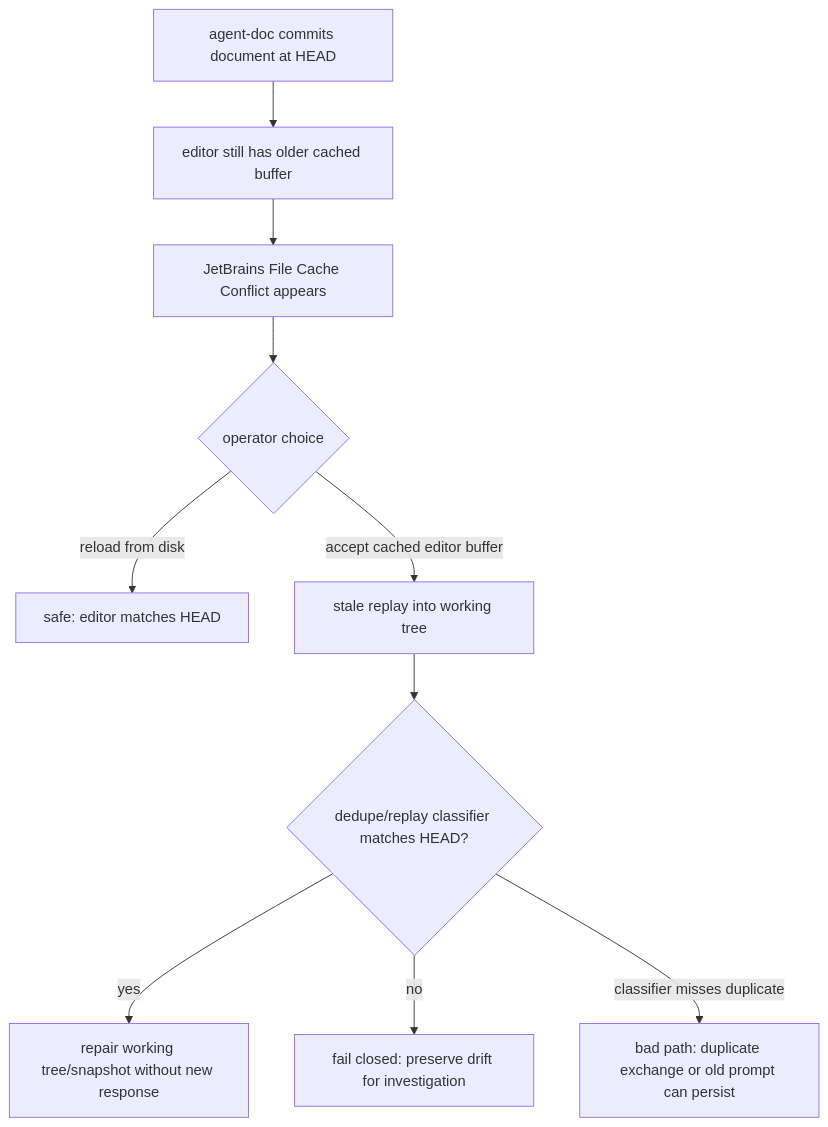
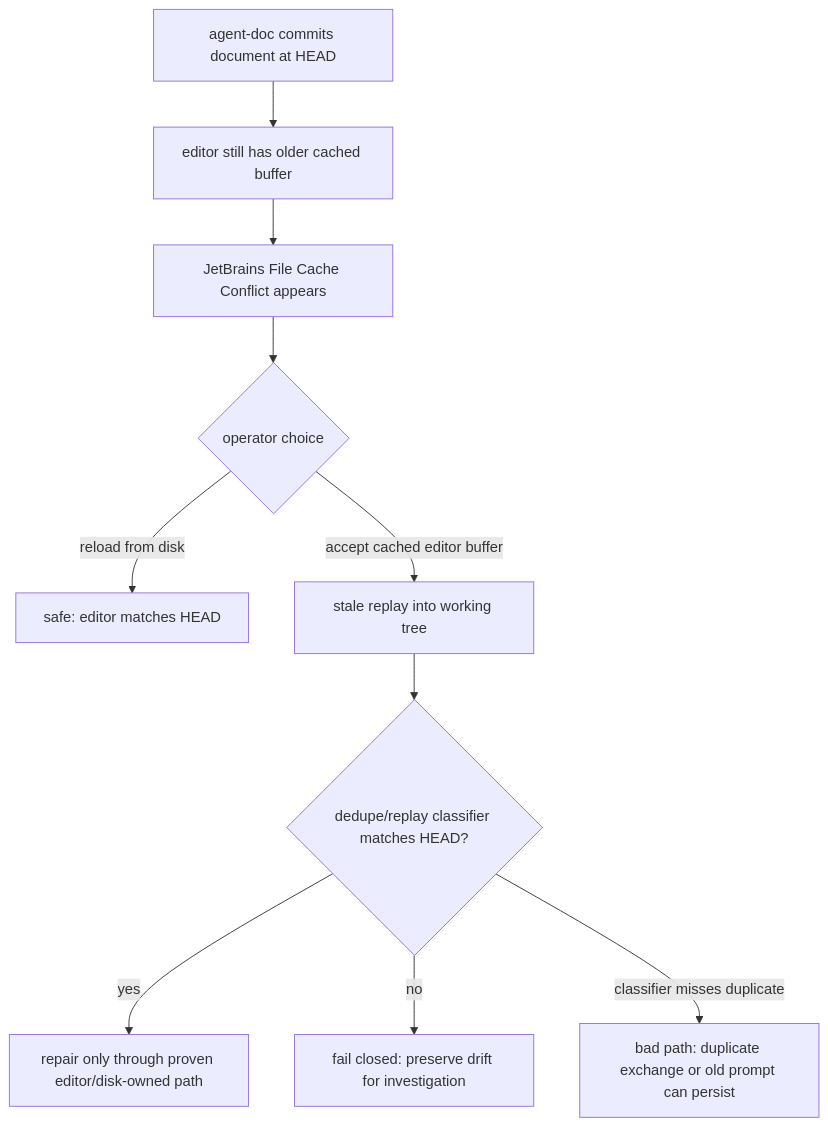
Before and after one commit to btakita/agent-doc: the fourth of 5 diagrams in docs/reference/active-turn-lifecycle-and-replay.md, drawn with Mermaid. The commit also changed other lines of this file and 26 other files, not shown here.

````diff
--- a/docs/reference/active-turn-lifecycle-and-replay.md
+++ b/docs/reference/active-turn-lifecycle-and-replay.md
@@ -108,12 +108,12 @@
 ```mermaid
 flowchart TD
     A["agent-doc commits document at HEAD"] --> B["editor still has older cached buffer"]
     B --> C["JetBrains File Cache Conflict appears"]
     C --> D{"operator choice"}
     D -->|"reload from disk"| E["safe: editor matches HEAD"]
     D -->|"accept cached editor buffer"| F["stale replay into working tree"]
     F --> G{"dedupe/replay classifier matches HEAD?"}
-    G -->|"yes"| H["repair working tree/snapshot without new response"]
+    G -->|"yes"| H["repair only through proven editor/disk-owned path"]
     G -->|"no"| I["fail closed: preserve drift for investigation"]
     G -->|"classifier misses duplicate"| J["bad path: duplicate exchange or old prompt can persist"]
 ```
````
